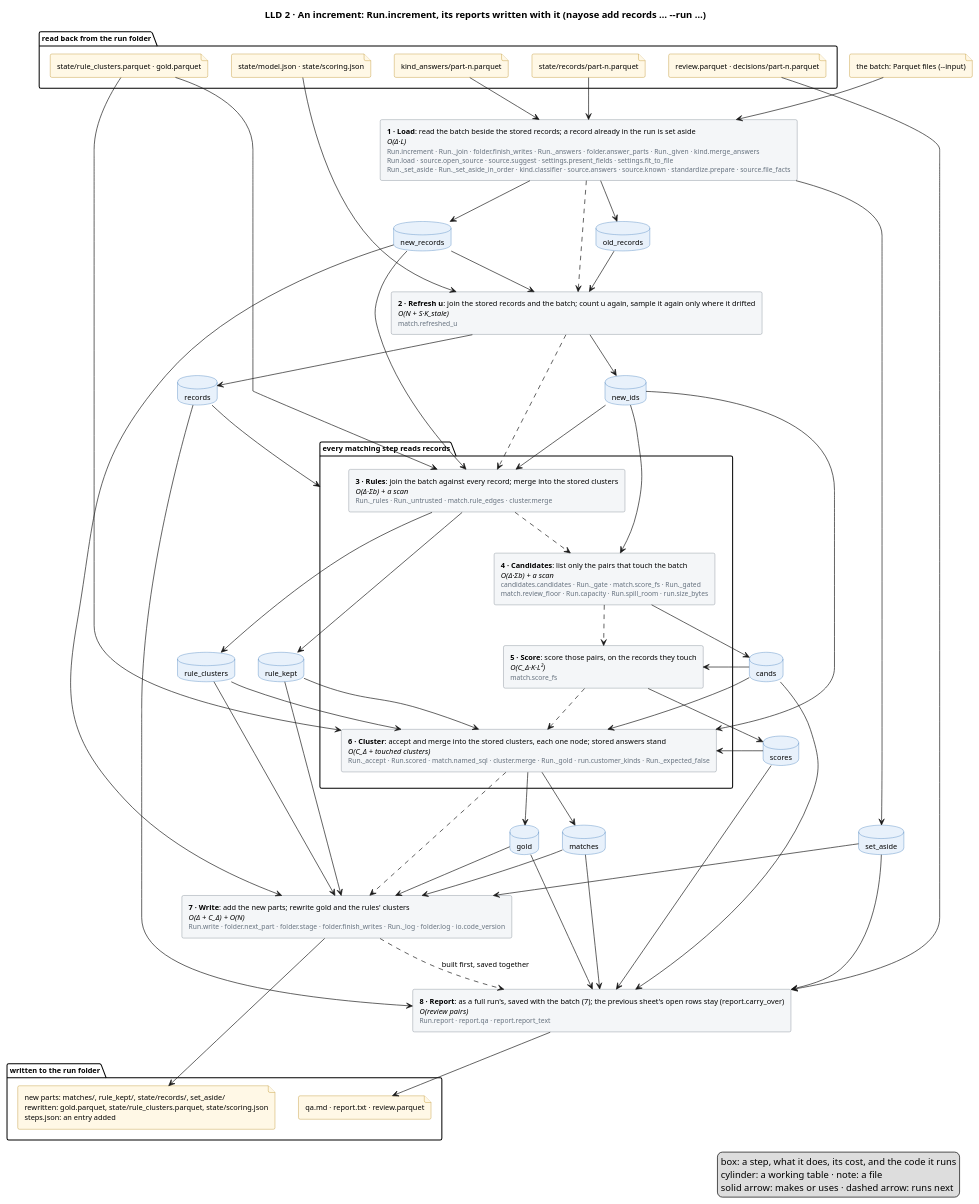
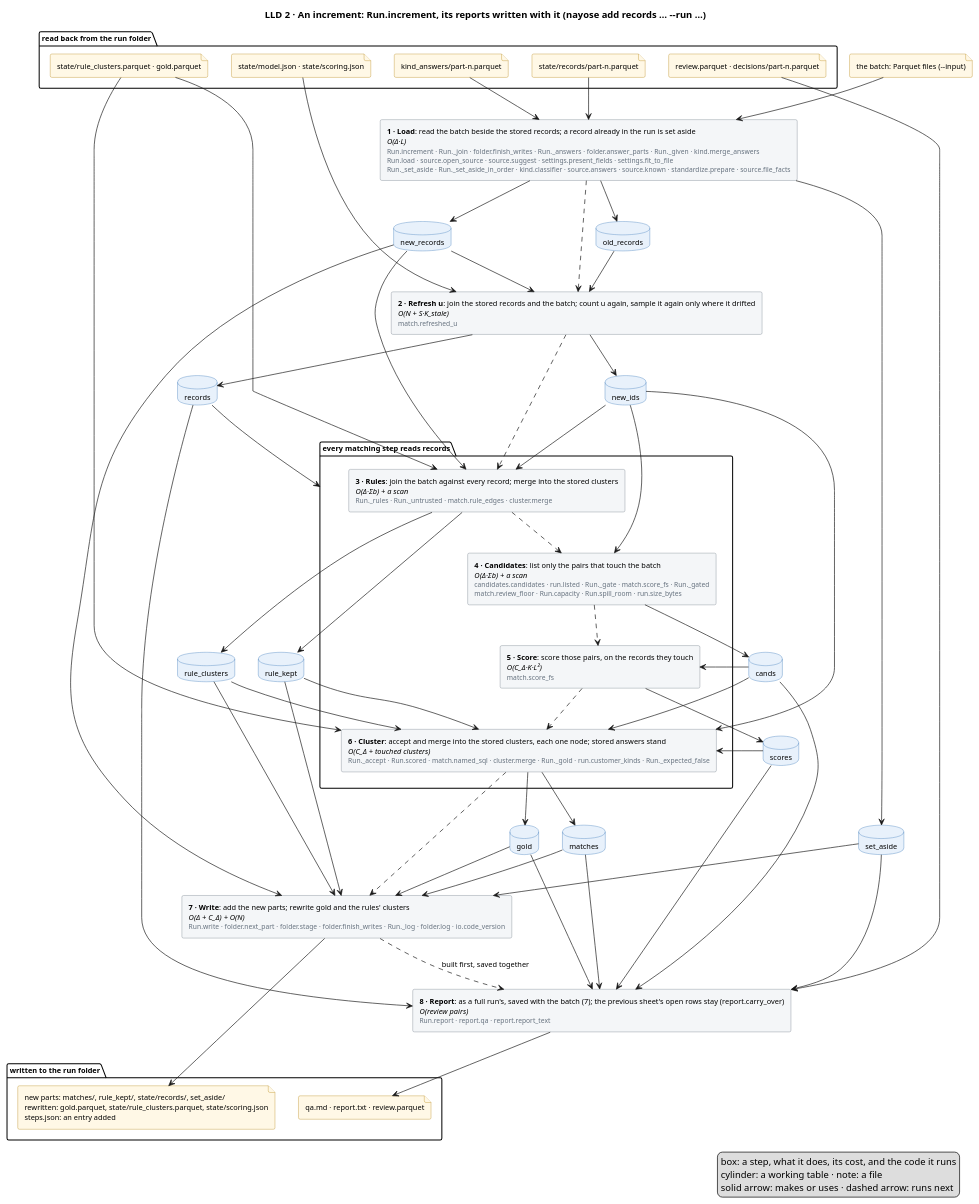
Before and after one commit to mvsbm/entity_matching: the diagram in docs/diagrams/increment.puml, drawn with PlantUML. The commit also changed 10 other files, not shown here.

First line of the commit message:
nayose describe matching: the pipeline as a graph, with the run's numbers

```diff
--- a/docs/diagrams/increment.puml
+++ b/docs/diagrams/increment.puml
@@ -1,113 +1,113 @@
 @startuml increment
 title LLD 2 · An increment: Run.increment, its reports written with it (nayose add records … ~--run …)
 skinparam defaultFontSize 11
 skinparam rectangle {
   BackgroundColor #F4F6F8
   BorderColor #65717E
 }
 skinparam database {
   BackgroundColor #E8F1FB
   BorderColor #2C6DB3
 }
 skinparam file {
   BackgroundColor #FFF8E6
   BorderColor #B07D00
 }
 
 package "read back from the run folder" {
   file "state/model.json · state/scoring.json" as f_model
   file "state/records/part-n.parquet" as f_records
   file "state/rule_clusters.parquet · gold.parquet" as f_clusters
   file "kind_answers/part-n.parquet" as f_answers
   file "review.parquet · decisions/part-n.parquet" as f_sheet
 }
 file "the batch: Parquet files (~--input)" as f_batch
 
 
 rectangle "<b>1 · Load</b>: read the batch beside the stored records; a record already in the run is set aside\n<i>O(Δ·L)</i>\n<size:10><color:#65717E>Run.increment · Run._join · folder.finish_writes · Run._answers · folder.answer_parts · Run._given · kind.merge_answers</color></size>\n<size:10><color:#65717E>Run.load · source.open_source · source.suggest · settings.present_fields · settings.fit_to_file</color></size>\n<size:10><color:#65717E>Run._set_aside · Run._set_aside_in_order · kind.classifier · source.answers · source.known · standardize.prepare · source.file_facts</color></size>" as load
 rectangle "<b>2 · Refresh u</b>: join the stored records and the batch; count u again, sample it again only where it drifted\n<i>O(N + S·K_stale)</i>\n<size:10><color:#65717E>match.refreshed_u</color></size>" as fit
 package "every matching step reads records" as matching {
   rectangle "<b>3 · Rules</b>: join the batch against every record; merge into the stored clusters\n<i>O(Δ·Σb) + a scan</i>\n<size:10><color:#65717E>Run._rules · Run._untrusted · match.rule_edges · cluster.merge</color></size>" as rules
-  rectangle "<b>4 · Candidates</b>: list only the pairs that touch the batch\n<i>O(Δ·Σb) + a scan</i>\n<size:10><color:#65717E>candidates.candidates · Run._gate · match.score_fs · Run._gated</color></size>\n<size:10><color:#65717E>match.review_floor · Run.capacity · Run.spill_room · run.size_bytes</color></size>" as candidates
+  rectangle "<b>4 · Candidates</b>: list only the pairs that touch the batch\n<i>O(Δ·Σb) + a scan</i>\n<size:10><color:#65717E>candidates.candidates · run.listed · Run._gate · match.score_fs · Run._gated</color></size>\n<size:10><color:#65717E>match.review_floor · Run.capacity · Run.spill_room · run.size_bytes</color></size>" as candidates
   rectangle "<b>5 · Score</b>: score those pairs, on the records they touch\n<i>O(C_Δ·K·L²)</i>\n<size:10><color:#65717E>match.score_fs</color></size>" as score
   rectangle "<b>6 · Cluster</b>: accept and merge into the stored clusters, each one node; stored answers stand\n<i>O(C_Δ + touched clusters)</i>\n<size:10><color:#65717E>Run._accept · Run.scored · match.named_sql · cluster.merge · Run._gold · run.customer_kinds · Run._expected_false</color></size>" as cluster
 }
 rectangle "<b>7 · Write</b>: add the new parts; rewrite gold and the rules' clusters\n<i>O(Δ + C_Δ) + O(N)</i>\n<size:10><color:#65717E>Run.write · folder.next_part · folder.stage · folder.finish_writes · Run._log · folder.log · io.code_version</color></size>" as write
 rectangle "<b>8 · Report</b>: as a full run's, saved with the batch (7); the previous sheet's open rows stay (report.carry_over)\n<i>O(review pairs)</i>\n<size:10><color:#65717E>Run.report · report.qa · report.report_text</color></size>" as report
 database "old_records" as old_records
 database "new_records" as new_records
 database "set_aside" as set_aside
 database "records" as records
 database "new_ids" as new_ids
 database "rule_clusters" as rule_clusters
 database "rule_kept" as rule_kept
 database "cands" as cands
 database "scores" as scores
 database "matches" as matches
 database "gold" as gold
 
 package "written to the run folder" {
   file "new parts: matches/, rule_kept/, state/records/, set_aside/\nrewritten: gold.parquet, state/rule_clusters.parquet, state/scoring.json\nsteps.json: an entry added" as f_out
   file "qa.md · report.txt · review.parquet" as f_people
 }
 
 f_batch --> load
 f_records --> load
 f_answers --> load
 f_model --> fit
 f_clusters --> rules
 f_clusters --> cluster
 f_sheet --> report
 
 load ..> fit
 fit ..> rules
 rules ..> candidates
 candidates ..> score
 score ..> cluster
 cluster ..> write
 write ..> report : built first, saved together
 
 load --> old_records
 load --> new_records
 load --> set_aside
 old_records --> fit
 new_records --> fit
 fit --> records
 fit --> new_ids
 records --> matching
 new_records --> rules
 new_ids --> rules
 rules --> rule_clusters
 rules --> rule_kept
 new_ids --> candidates
 candidates --> cands
 cands --> score
 score --> scores
 new_ids --> cluster
 rule_clusters --> cluster
 rule_kept --> cluster
 cands --> cluster
 scores --> cluster
 cluster --> matches
 cluster --> gold
 new_records --> write
 rule_clusters --> write
 rule_kept --> write
 matches --> write
 gold --> write
 set_aside --> write
 records --> report
 cands --> report
 scores --> report
 matches --> report
 gold --> report
 set_aside --> report
 
 write --> f_out
 report --> f_people
 legend right
   box: a step, what it does, its cost, and the code it runs
   cylinder: a working table · note: a file
   solid arrow: makes or uses · dashed arrow: runs next
 endlegend
 @enduml
```
